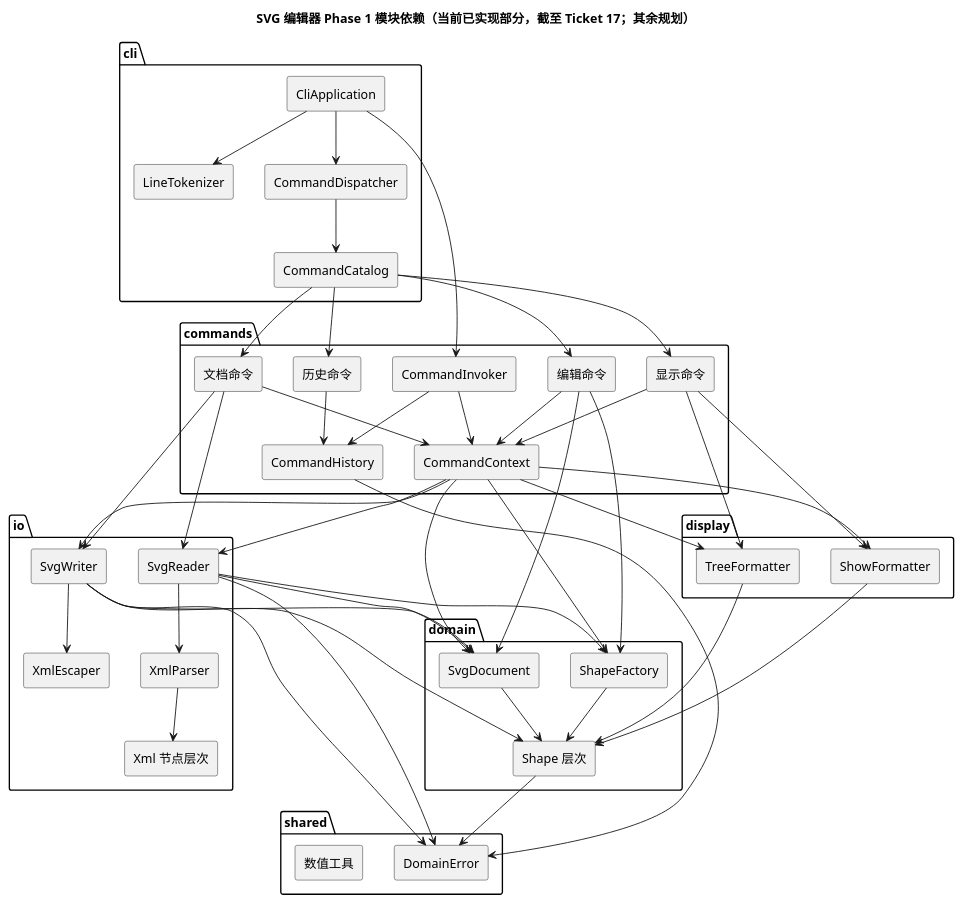
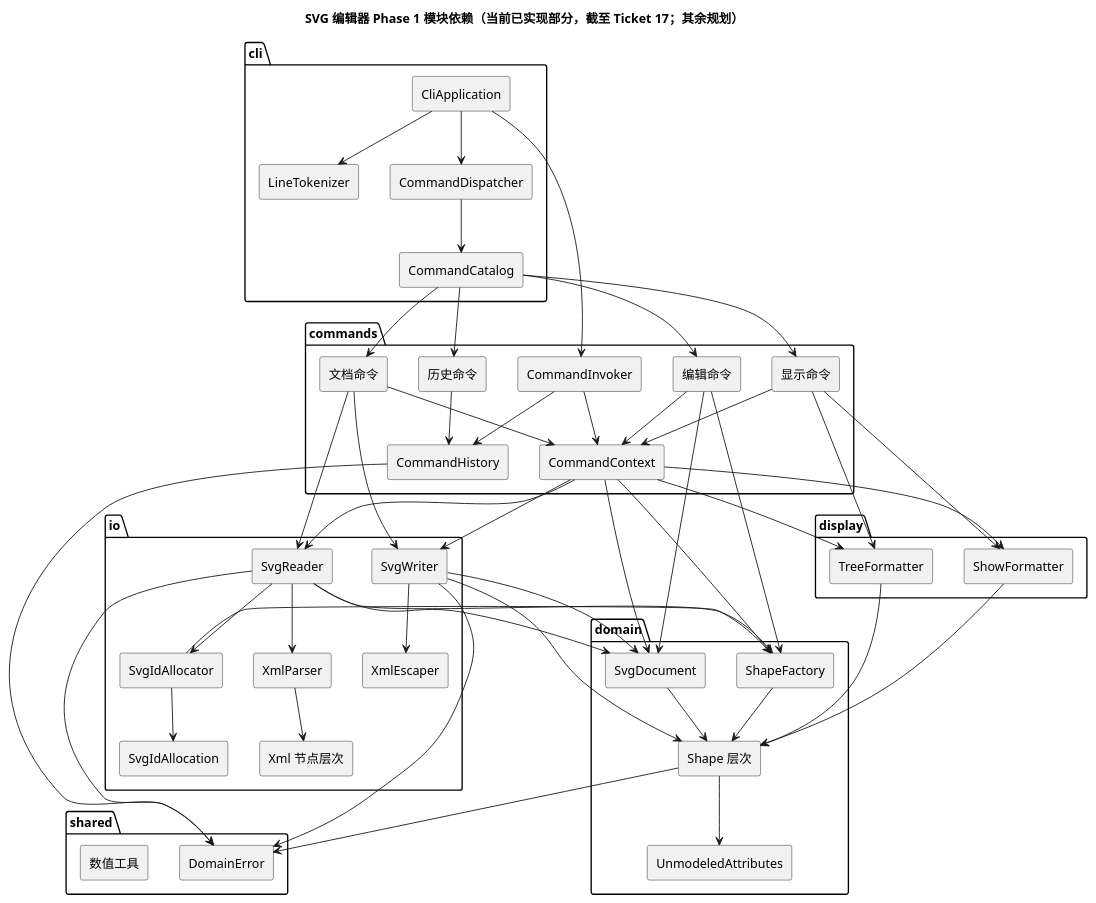
The diagram in doc/README.md (NQC233/svg-editor-lab1), drawn with PlantUML before and after one commit. The commit also changed other lines of this file and 5 other files, not shown here.

```diff
--- a/doc/README.md
+++ b/doc/README.md
@@ -77,10 +79,13 @@
   [SvgDocument]
   [Shape 层次]
   [ShapeFactory]
+  [UnmodeledAttributes]
 }
 
 package "io" {
   [Xml 节点层次]
+  [SvgIdAllocator]
+  [SvgIdAllocation]
   [SvgReader]
   [SvgWriter]
   [XmlParser]
@@ -125,6 +130,9 @@
 [显示命令] --> [ShowFormatter]
 [SvgReader] --> [XmlParser]
 [XmlParser] --> [Xml 节点层次]
+[SvgReader] --> [SvgIdAllocator]
+[SvgIdAllocator] --> [SvgIdAllocation]
+[SvgIdAllocator] --> [ShapeFactory]
 [SvgReader] --> [SvgDocument]
 [SvgReader] --> [ShapeFactory]
 [SvgWriter] --> [SvgDocument]
@@ -134,6 +142,7 @@
 [ShowFormatter] --> [Shape 层次]
 [ShapeFactory] --> [Shape 层次]
 [SvgDocument] --> [Shape 层次]
+[Shape 层次] --> [UnmodeledAttributes]
 [Shape 层次] --> [DomainError]
 [SvgReader] --> [DomainError]
 [SvgWriter] --> [DomainError]
```
